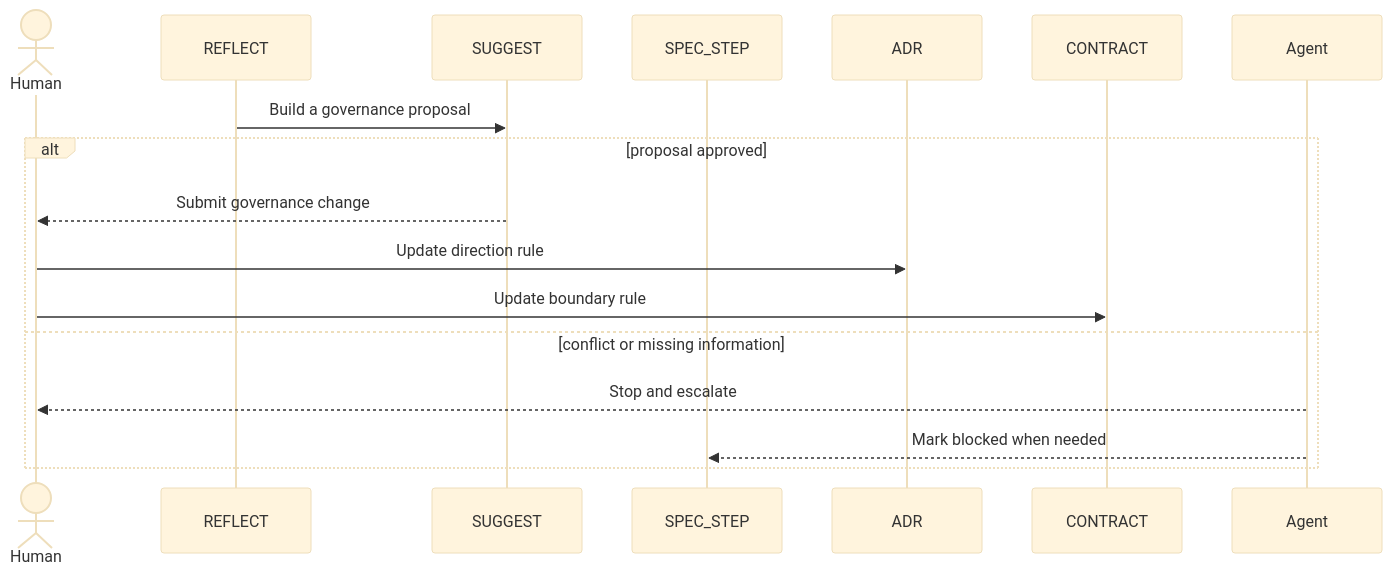
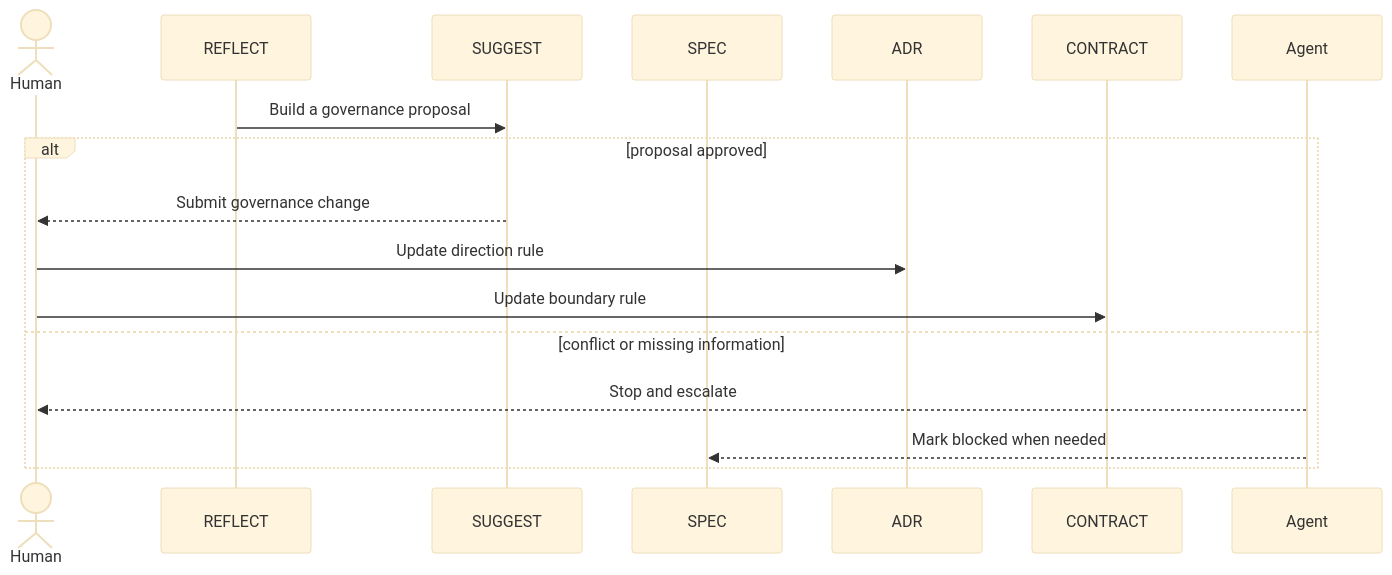
The diagram in docs/en/README.professional.md (pigsly/AxiomFlow), drawn with Mermaid (base theme) before and after one commit. The commit also changed other lines of this file and 31 other files, not shown here.

````diff
--- a/docs/en/README.professional.md
+++ b/docs/en/README.professional.md
@@ -27,20 +27,20 @@
 ```mermaid
 sequenceDiagram
     actor Human
     participant REFLECT
     participant SUGGEST
-    participant SPEC as SPEC_STEP
+    participant SPEC as SPEC
     participant ADR
     participant CONTRACT
     participant Agent
 
     REFLECT->>SUGGEST: Build a governance proposal
     alt proposal approved
         SUGGEST-->>Human: Submit governance change
         Human->>ADR: Update direction rule
         Human->>CONTRACT: Update boundary rule
     else conflict or missing information
         Agent-->>Human: Stop and escalate
         Agent-->>SPEC: Mark blocked when needed
     end
 ```
````
